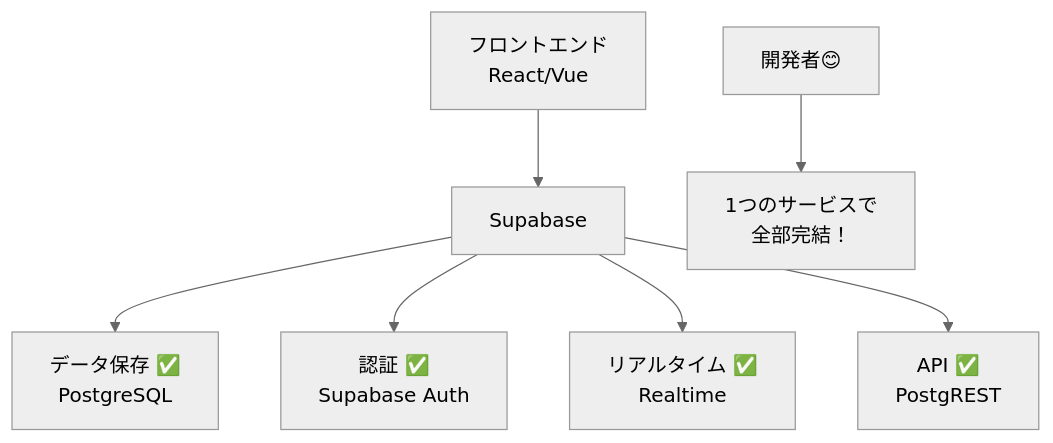
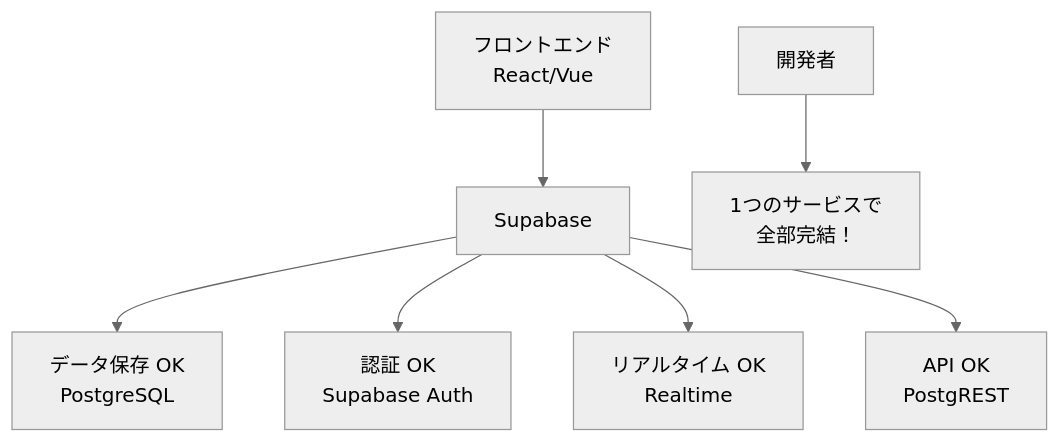
One commit to itdojp/supabase-architecture-patterns-book changed the second of 6 diagrams in docs/chapters/chapter01/index.md. Above: the diagram before and after it, drawn with Mermaid (neutral theme). The commit also changed other lines of this file and 49 other files, not shown here.

````diff
--- a/docs/chapters/chapter01/index.md
+++ b/docs/chapters/chapter01/index.md
@@ -64,10 +64,10 @@
 ```mermaid
 flowchart TD
     A[フロントエンド<br/>React/Vue] --> B[Supabase]
-    B --> C[データ保存 ✅<br/>PostgreSQL]
-    B --> D[認証 ✅<br/>Supabase Auth]
-    B --> E[リアルタイム ✅<br/>Realtime]
-    B --> F[API ✅<br/>PostgREST]
+    B --> C[データ保存 OK<br/>PostgreSQL]
+    B --> D[認証 OK<br/>Supabase Auth]
+    B --> E[リアルタイム OK<br/>Realtime]
+    B --> F[API OK<br/>PostgREST]
     
-    G[開発者😊] --> H[1つのサービスで<br/>全部完結！]
+    G[開発者] --> H[1つのサービスで<br/>全部完結！]
 ```
````
